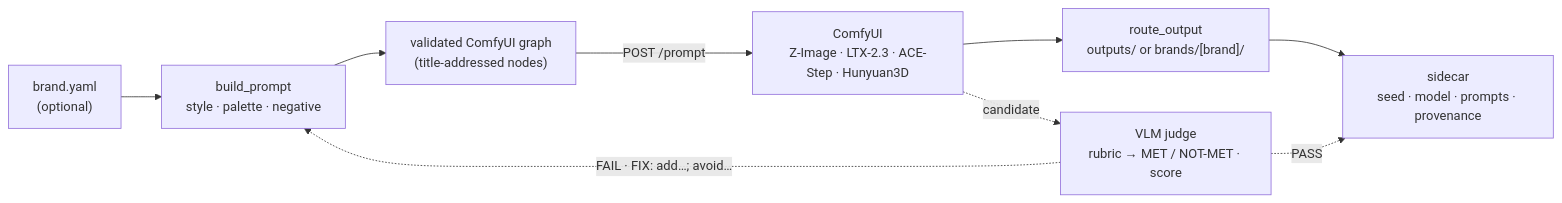
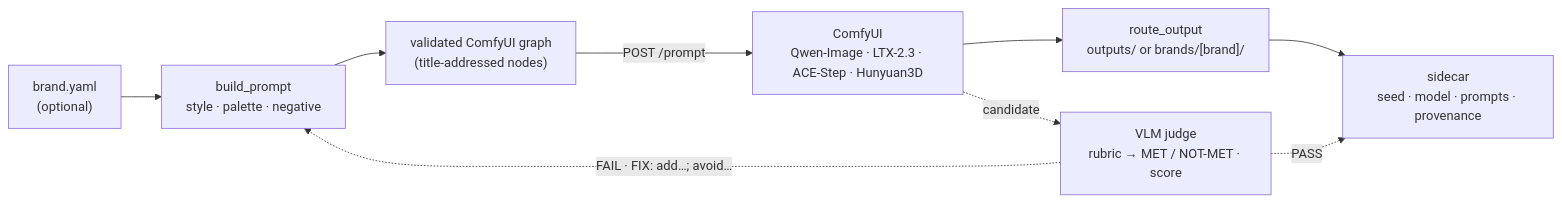
One commit to whartons/Chimera changed the diagram in README.md. Above: the diagram before and after it, drawn with Mermaid. The commit also changed other lines of this file and 24 other files, not shown here.

First line of the commit message:
feat(image): Qwen-Image-2.1 backend, now the default image model (#61)

````diff
--- a/README.md
+++ b/README.md
@@ -129,11 +129,11 @@
 ```mermaid
 flowchart LR
     M["brand.yaml<br/>(optional)"] --> P["build_prompt<br/>style · palette · negative"]
     P --> G["validated ComfyUI graph<br/>(title-addressed nodes)"]
-    G -->|"POST /prompt"| C["ComfyUI<br/>Z-Image · LTX-2.3 · ACE-Step · Hunyuan3D"]
+    G -->|"POST /prompt"| C["ComfyUI<br/>Qwen-Image · LTX-2.3 · ACE-Step · Hunyuan3D"]
     C --> R["route_output<br/>outputs/ or brands/[brand]/"]
     R --> S["sidecar<br/>seed · model · prompts · provenance"]
     C -. "candidate" .-> J["VLM judge<br/>rubric → MET / NOT-MET · score"]
     J -. "PASS" .-> S
     J -. "FAIL · FIX: add…; avoid…" .-> P
 ```
````
